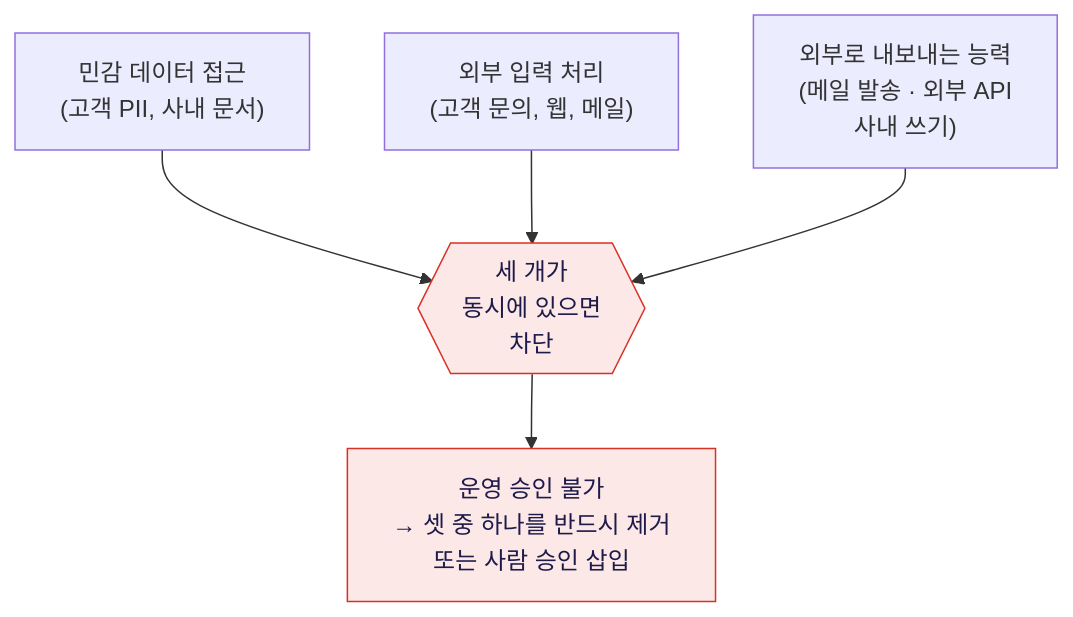
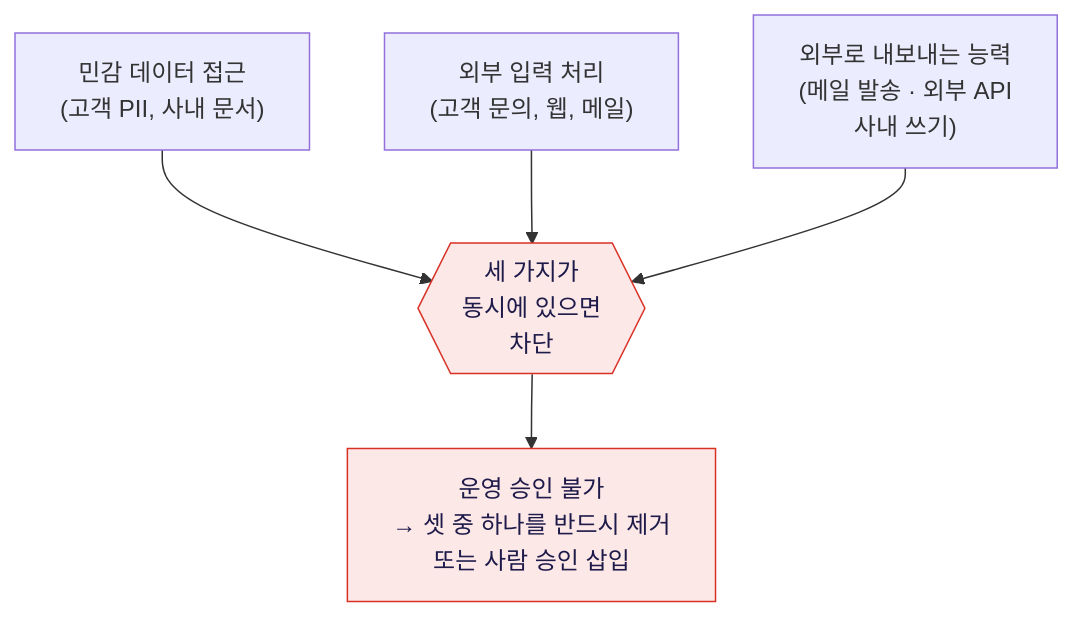
The diagram in agent-platform/deck/diagrams/s_trifecta.mmd (cyrano2011/pma-web), drawn with Mermaid before and after one commit. The commit also changed 9 other files, not shown here.

```diff
--- a/agent-platform/deck/diagrams/s_trifecta.mmd
+++ b/agent-platform/deck/diagrams/s_trifecta.mmd
@@ -1,8 +1,8 @@
 flowchart TD
-    A["민감 데이터 접근<br/>(고객 PII, 사내 문서)"] --> X{{"세 개가<br/>동시에 있으면<br/>차단"}}
+    A["민감 데이터 접근<br/>(고객 PII, 사내 문서)"] --> X{{"세 가지가<br/>동시에 있으면<br/>차단"}}
     B["외부 입력 처리<br/>(고객 문의, 웹, 메일)"] --> X
     C["외부로 내보내는 능력<br/>(메일 발송 · 외부 API<br/>사내 쓰기)"] --> X
     X --> D["운영 승인 불가<br/>→ 셋 중 하나를 반드시 제거<br/>또는 사람 승인 삽입"]
 
     style X fill:#fce8e6,stroke:#d93025,color:#1E1B4B
     style D fill:#fce8e6,stroke:#d93025,color:#1E1B4B
```
